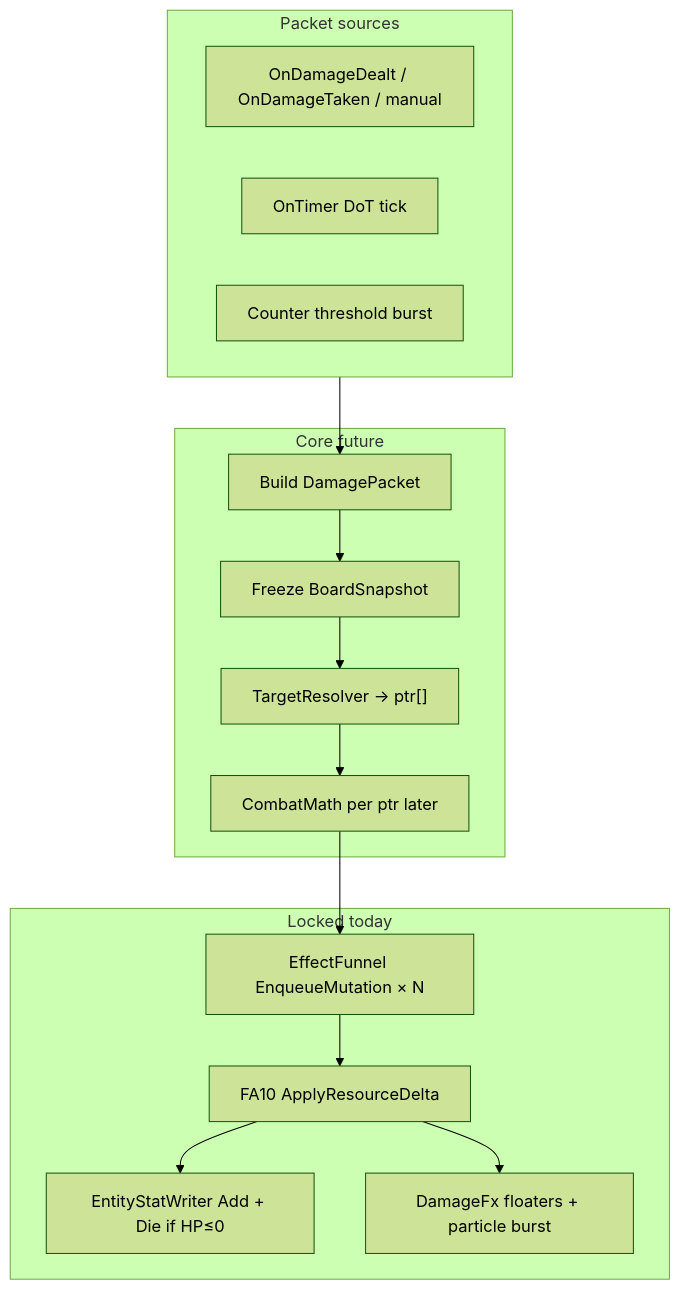
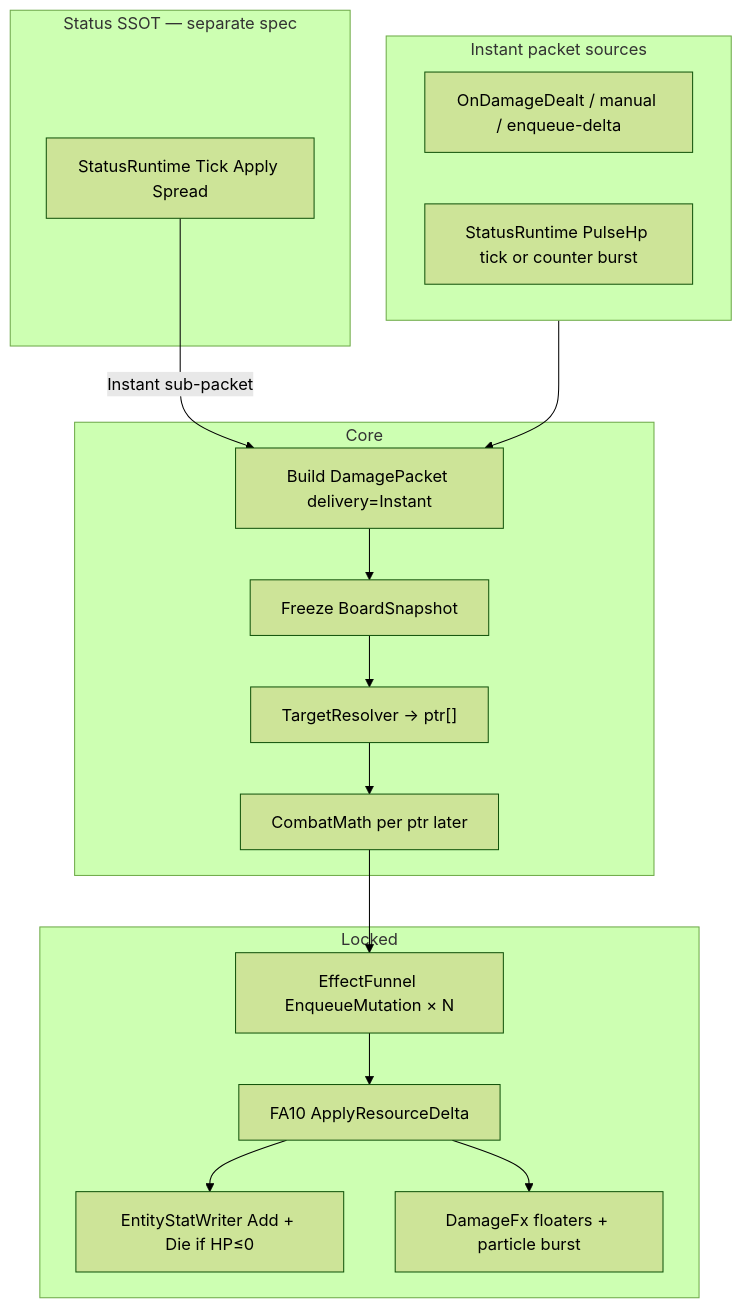
One commit to letuhao/plant-vs-zombie-rise-of-summoner changed the diagram in docs/architecture/combat-damage-ssot.md. Above: the diagram before and after it, drawn with Mermaid (forest theme). The commit also changed other lines of this file and 91 other files, not shown here.

Commit message:
Add status debug boards with pinned actor derived profiles. Contagion/CC prove packs pin glass/iron/caster stats so apply and resist no longer depend on ambient stubs. LIVE F52–F55 use status-l2-

````diff
--- a/docs/architecture/combat-damage-ssot.md
+++ b/docs/architecture/combat-damage-ssot.md
@@ -52,25 +55,29 @@
 ```mermaid
 flowchart TB
-  subgraph sources [Packet sources]
-    trig["OnDamageDealt / OnDamageTaken / manual"]
-    timer["OnTimer DoT tick"]
-    counter["Counter threshold burst"]
+  subgraph sources [Instant packet sources]
+    trig["OnDamageDealt / manual / enqueue-delta"]
+    statusPulse["StatusRuntime PulseHp tick or counter burst"]
   end
 
-  subgraph core [Core future]
-    build["Build DamagePacket"]
+  subgraph core [Core]
+    build["Build DamagePacket delivery=Instant"]
     snap["Freeze BoardSnapshot"]
     resolve["TargetResolver → ptr[]"]
     math["CombatMath per ptr later"]
   end
 
-  subgraph apply [Locked today]
+  subgraph apply [Locked]
     funnel["EffectFunnel EnqueueMutation × N"]
     fa10["FA10 ApplyResourceDelta"]
     writer["EntityStatWriter Add + Die if HP≤0"]
     fx["DamageFx floaters + particle burst"]
   end
 
+  subgraph statusSide [Status SSOT — separate spec]
+    runtime["StatusRuntime Tick Apply Spread"]
+  end
+
+  runtime -->|"Instant sub-packet"| build
   sources --> build --> snap --> resolve --> math --> funnel --> fa10 --> writer
   fa10 --> fx
 ```
````
